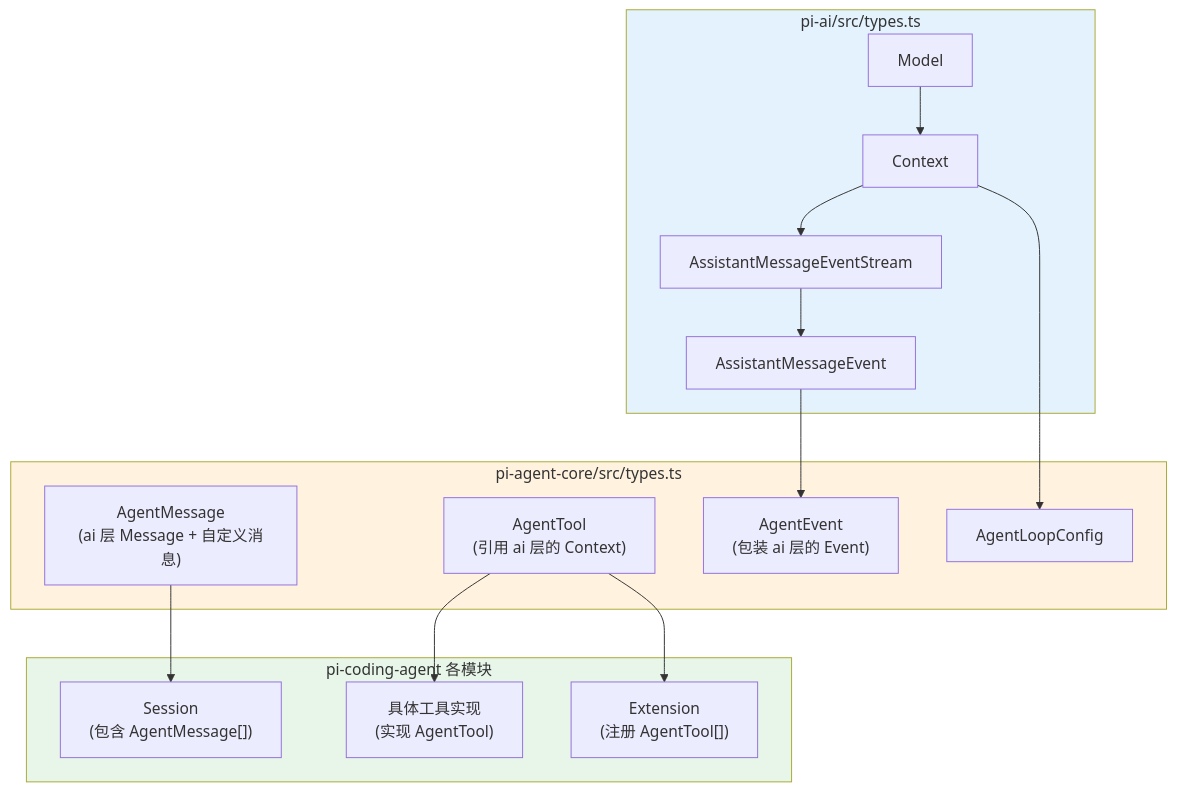
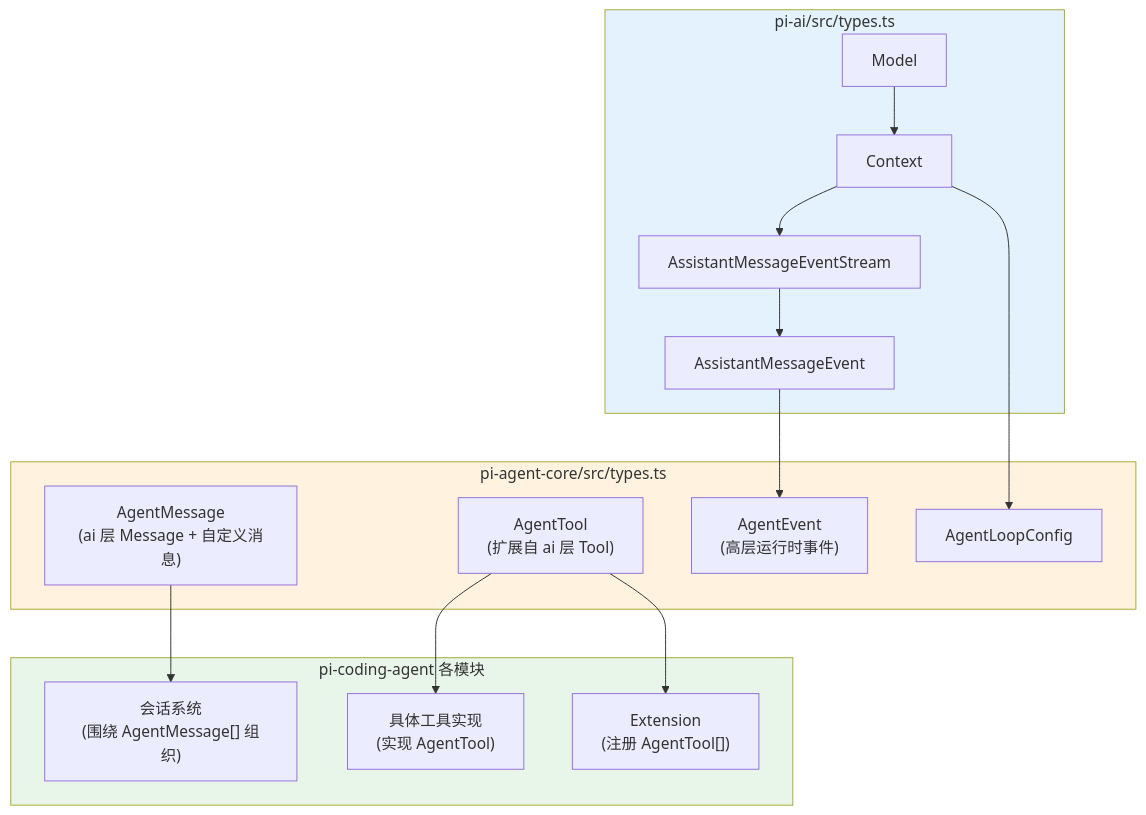
Before and after one commit to endlessc/pi-book: the diagram in src/ch03-reading-map.md, drawn with Mermaid. The commit also changed other lines of this file and 7 other files, not shown here.

Commit message:
Polish 8 chapters: mermaid fixes, cross-ref corrections, minor edits

````diff
--- a/src/ch03-reading-map.md
+++ b/src/ch03-reading-map.md
@@ -67,37 +67,37 @@
 ```mermaid
 graph TD
     subgraph pi-ai["pi-ai/src/types.ts"]
         Model["Model<TApi>"]
         Context["Context"]
         Event["AssistantMessageEvent"]
         Stream["AssistantMessageEventStream"]
     end
     
     subgraph pi-agent["pi-agent-core/src/types.ts"]
         AgentMsg["AgentMessage\n(ai 层 Message + 自定义消息)"]
-        AgentTool["AgentTool\n(引用 ai 层的 Context)"]
-        AgentEvent["AgentEvent\n(包装 ai 层的 Event)"]
+        AgentTool["AgentTool\n(扩展自 ai 层 Tool)"]
+        AgentEvent["AgentEvent\n(高层运行时事件)"]
         AgentConfig["AgentLoopConfig"]
     end
     
     subgraph pi-coding["pi-coding-agent 各模块"]
-        Session["Session\n(包含 AgentMessage[])"]
+        Session["会话系统\n(围绕 AgentMessage[] 组织)"]
         Tool["具体工具实现\n(实现 AgentTool)"]
         ExtType["Extension\n(注册 AgentTool[])"]
     end
     
     Model --> Context
     Context --> Stream
     Stream --> Event
     
     Event --> AgentEvent
     Context --> AgentConfig
     
     AgentMsg --> Session
     AgentTool --> Tool
     AgentTool --> ExtType
     
     style pi-ai fill:#e3f2fd
     style pi-agent fill:#fff3e0
     style pi-coding fill:#e8f5e9
 ```
````
